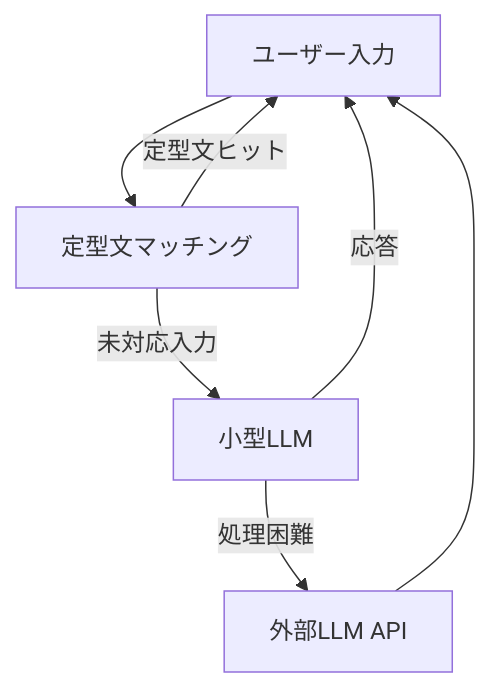
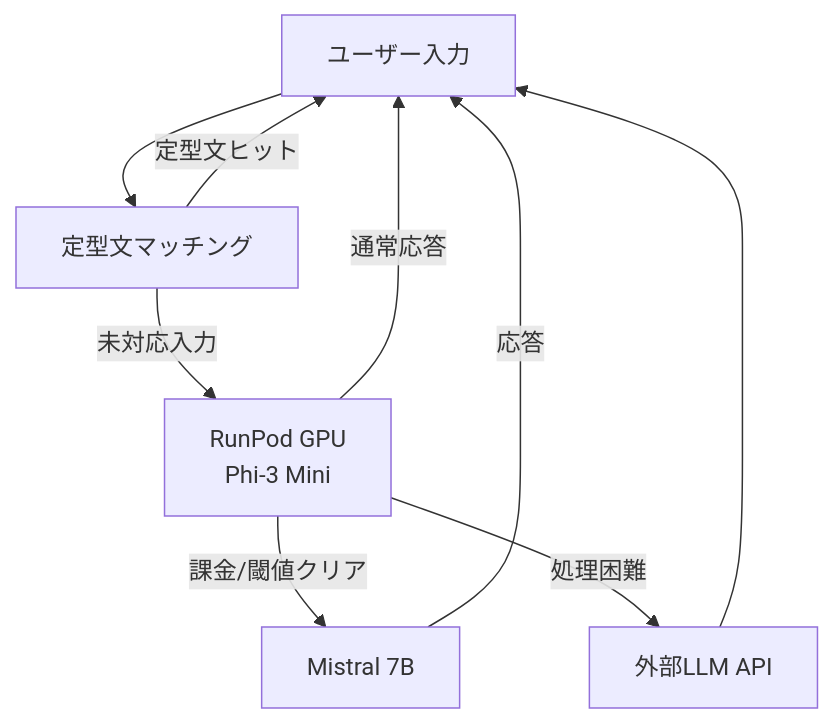
The fourth of 4 diagrams in docs/architecture.md (MikaKana/snack_misaki), drawn with Mermaid before and after one commit. The commit also changed other lines of this file and 3 other files, not shown here.

Commit message:
Document RunPod serverless backend and model switching

````diff
--- a/docs/architecture.md
+++ b/docs/architecture.md
@@ -73,9 +79,11 @@
 ```mermaid
 flowchart TD
 F1[ユーザー入力] --> F2[定型文マッチング]
 F2 -->|定型文ヒット| F1
-F2 -->|未対応入力| B1[小型LLM]
-B1 -->|応答| F1
-B1 -->|処理困難| B2[外部LLM API]
-B2 --> F1
+F2 -->|未対応入力| B1[RunPod GPU\nPhi-3 Mini]
+B1 -->|通常応答| F1
+B1 -->|課金/閾値クリア| B2[Mistral 7B]
+B2 -->|応答| F1
+B1 -->|処理困難| B3[外部LLM API]
+B3 --> F1
 ```
````
